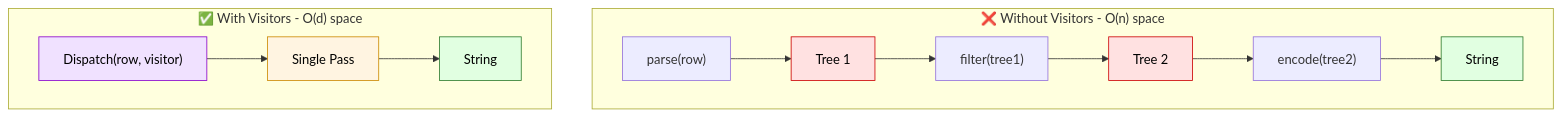
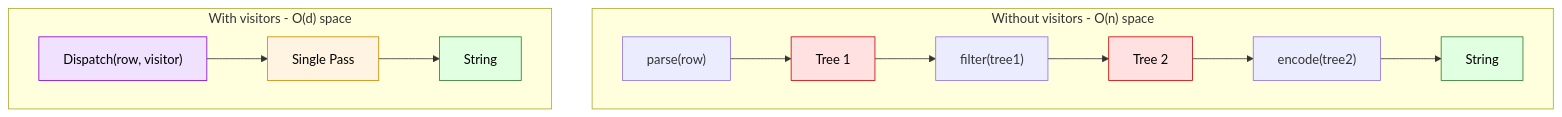
One commit to vim89/toon4s changed the fifth of 6 diagrams in README.md. Above: the diagram before and after it, drawn with Mermaid. The commit also changed other lines of this file, not shown here.

````diff
--- a/README.md
+++ b/README.md
@@ -688,22 +689,22 @@
 ```mermaid
 flowchart TD
-    subgraph WITHOUT["❌ Without Visitors - O(n) space"]
+    subgraph WITHOUT["Without visitors - O(n) space"]
         W1["parse(row)"] --> W2["Tree 1"]
         W2 --> W3["filter(tree1)"]
         W3 --> W4["Tree 2"]
         W4 --> W5["encode(tree2)"]
         W5 --> W6["String"]
     end
 
-    subgraph WITH["✅ With Visitors - O(d) space"]
+    subgraph WITH["With visitors - O(d) space"]
         V1["Dispatch(row, visitor)"] --> V2["Single Pass"]
         V2 --> V3["String"]
     end
 
     style W2 fill:#ffe1e1,stroke:#cc0000,color:#000
     style W4 fill:#ffe1e1,stroke:#cc0000,color:#000
     style W6 fill:#e1ffe1,stroke:#2d7a2d,color:#000
     style V1 fill:#f0e1ff,stroke:#8800cc,color:#000
     style V2 fill:#fff4e1,stroke:#cc8800,color:#000
     style V3 fill:#e1ffe1,stroke:#2d7a2d,color:#000
 ```
````
